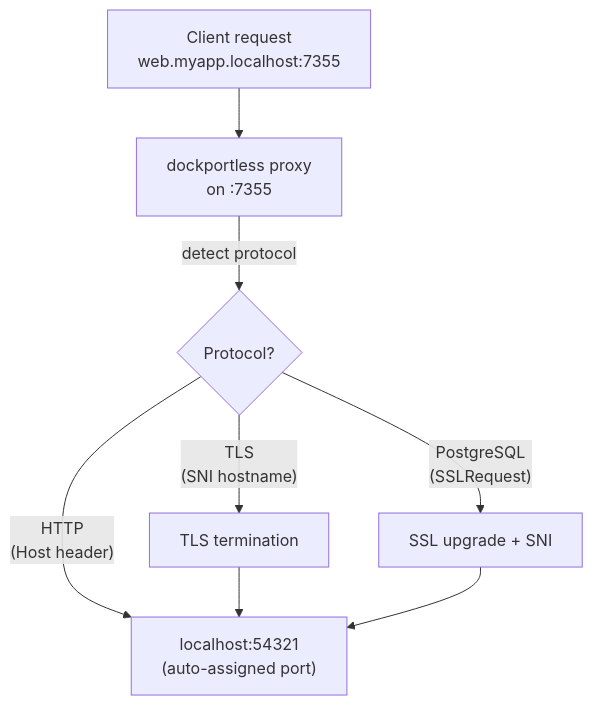
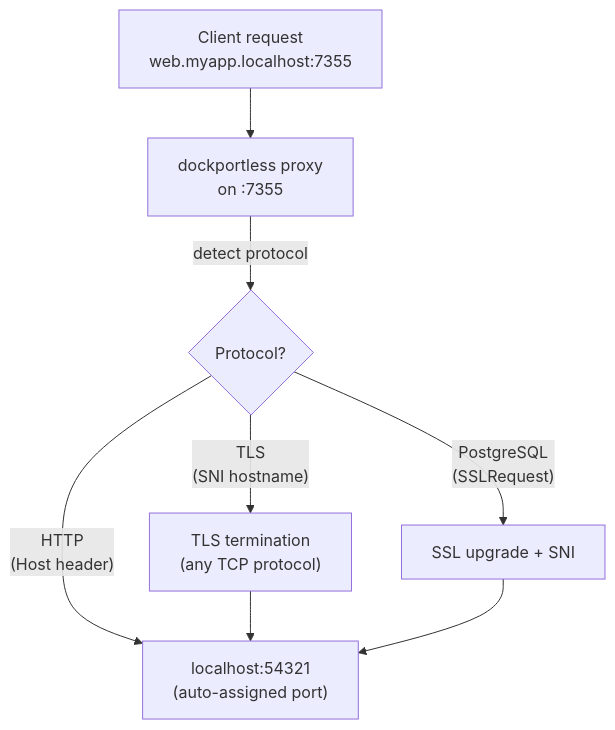
Before and after one commit to mazrean/dockportless: the diagram in README.md, drawn with Mermaid. The commit also changed other lines of this file, not shown here.

First line of the commit message:
docs(readme): clarify TLS SNI routing supports any TCP protocol

````diff
--- a/README.md
+++ b/README.md
@@ -229,8 +235,8 @@
 ```mermaid
 flowchart TD
     A["Client request<br/>web.myapp.localhost:7355"] --> B["dockportless proxy<br/>on :7355"]
     B -- "detect protocol" --> D{Protocol?}
     D -- "HTTP<br/>(Host header)" --> C["localhost:54321<br/>(auto-assigned port)"]
-    D -- "TLS<br/>(SNI hostname)" --> E["TLS termination"] --> C
+    D -- "TLS<br/>(SNI hostname)" --> E["TLS termination<br/>(any TCP protocol)"] --> C
     D -- "PostgreSQL<br/>(SSLRequest)" --> F["SSL upgrade + SNI"] --> C
 ```
````
